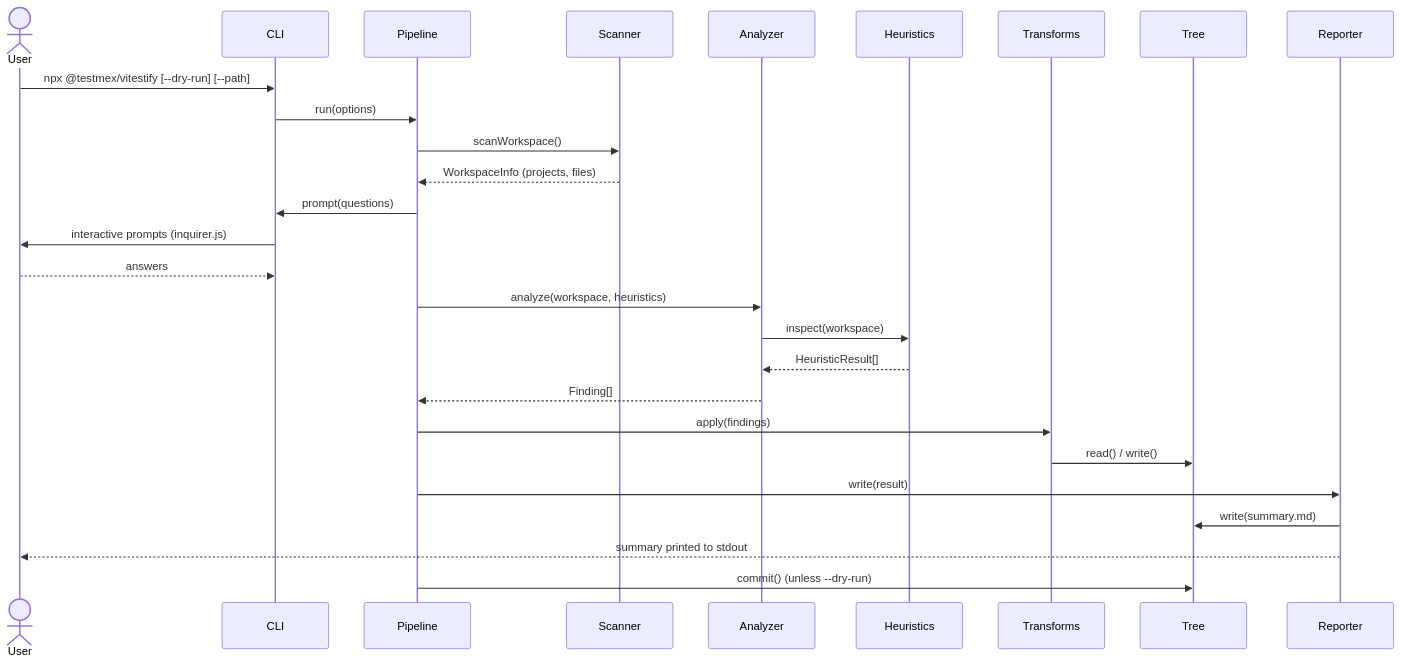
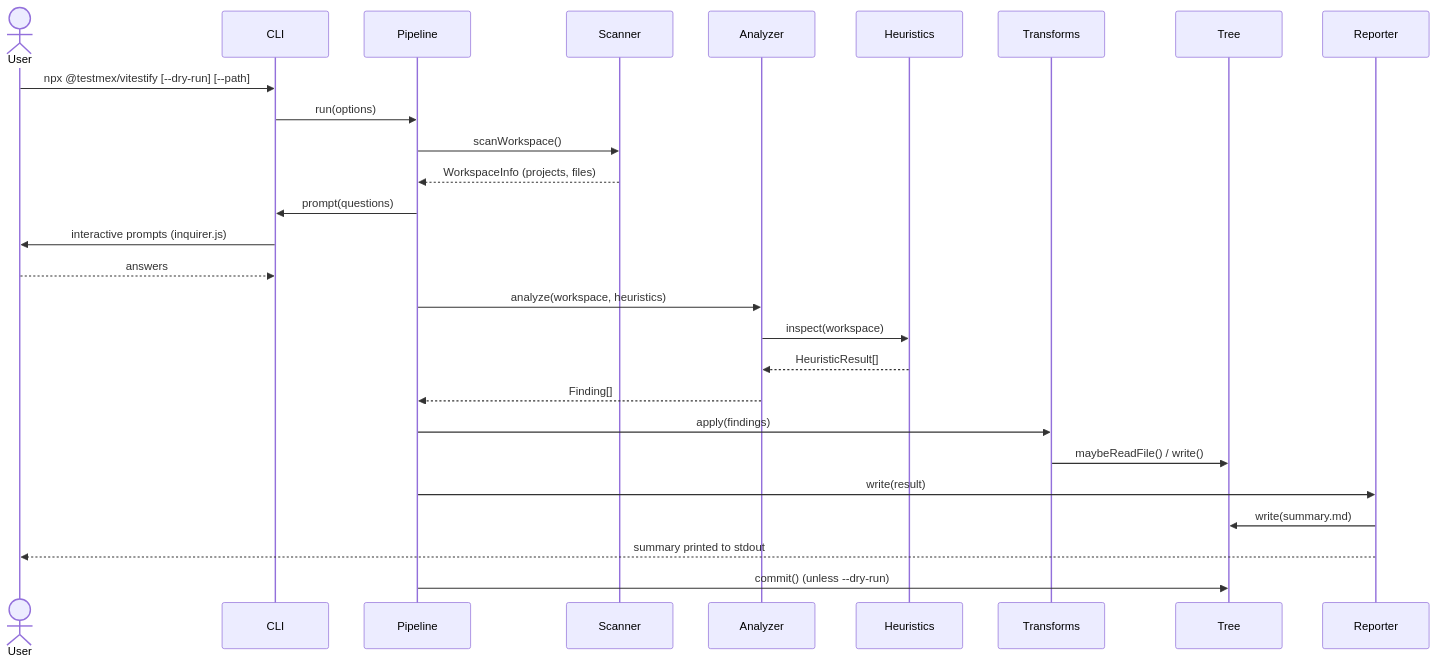
One commit to testmex/testmex changed the second of 3 diagrams in design-docs/001-vitestify.md. Above: the diagram before and after it, drawn with Mermaid. The commit also changed other lines of this file and 4 other files, not shown here.

````diff
--- a/design-docs/001-vitestify.md
+++ b/design-docs/001-vitestify.md
@@ -74,30 +74,30 @@
 ```mermaid
 sequenceDiagram
     actor User
     participant CLI
     participant Pipeline
     participant Scanner
     participant Analyzer
     participant Heuristics
     participant Transforms
     participant Tree
     participant Reporter
 
     User->>CLI: npx @testmex/vitestify [--dry-run] [--path]
     CLI->>Pipeline: run(options)
     Pipeline->>Scanner: scanWorkspace()
     Scanner-->>Pipeline: WorkspaceInfo (projects, files)
     Pipeline->>CLI: prompt(questions)
     CLI->>User: interactive prompts (inquirer.js)
     User-->>CLI: answers
     Pipeline->>Analyzer: analyze(workspace, heuristics)
     Analyzer->>Heuristics: inspect(workspace)
     Heuristics-->>Analyzer: HeuristicResult[]
     Analyzer-->>Pipeline: Finding[]
     Pipeline->>Transforms: apply(findings)
-    Transforms->>Tree: read() / write()
+    Transforms->>Tree: maybeReadFile() / write()
     Pipeline->>Reporter: write(result)
     Reporter->>Tree: write(summary.md)
     Reporter-->>User: summary printed to stdout
     Pipeline->>Tree: commit() (unless --dry-run)
 ```
````
